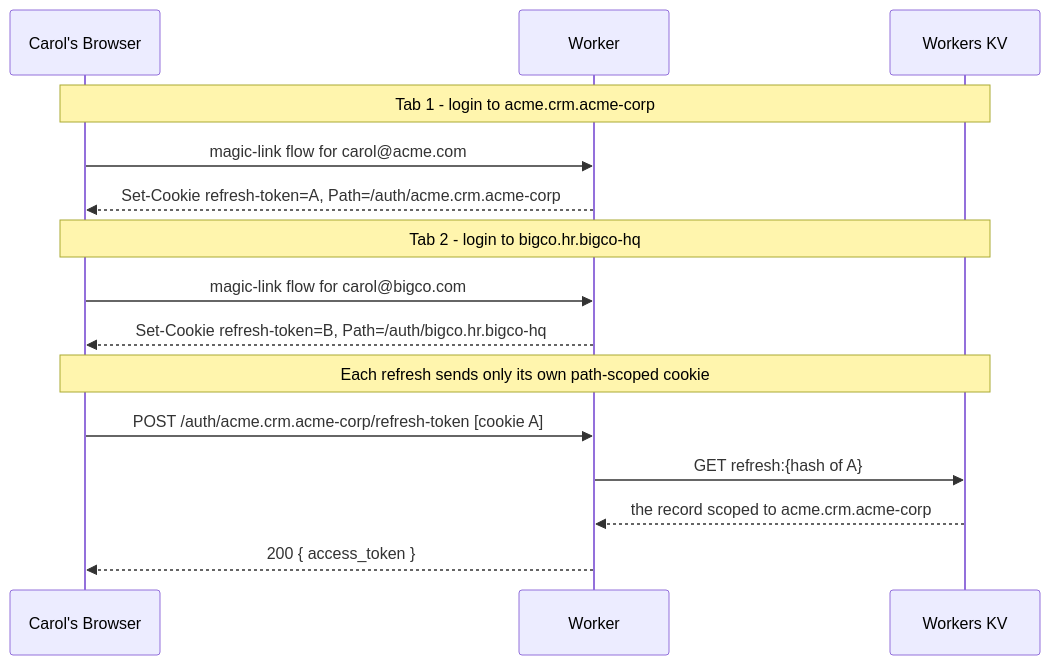
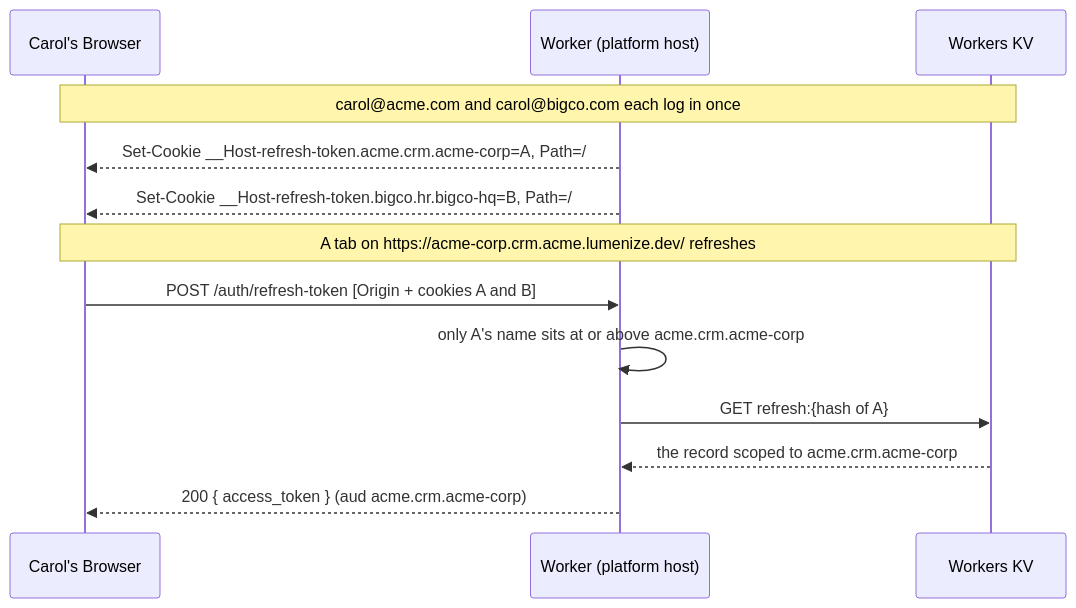
The eighth of 8 diagrams in packages/nebula-auth/README.md (lumenize/lumenize), drawn with Mermaid before and after one commit. The commit also changed other lines of this file and 324 other files, not shown here.

First line of the commit message:
feat(nebula): every scope on its own host, sessions on the platform host

````diff
--- a/packages/nebula-auth/README.md
+++ b/packages/nebula-auth/README.md
@@ -377,20 +379,17 @@
 ```mermaid
 sequenceDiagram
     participant C as Carol's Browser
-    participant W as Worker
+    participant W as Worker (platform host)
     participant KV as Workers KV
 
-    Note over C,KV: Tab 1 - login to acme.crm.acme-corp
-    C->>W: magic-link flow for carol@acme.com
-    W-->>C: Set-Cookie refresh-token=A, Path=/auth/acme.crm.acme-corp
+    Note over C,KV: carol@acme.com and carol@bigco.com each log in once
+    W-->>C: Set-Cookie __Host-refresh-token.acme.crm.acme-corp=A, Path=/
+    W-->>C: Set-Cookie __Host-refresh-token.bigco.hr.bigco-hq=B, Path=/
 
-    Note over C,KV: Tab 2 - login to bigco.hr.bigco-hq
-    C->>W: magic-link flow for carol@bigco.com
-    W-->>C: Set-Cookie refresh-token=B, Path=/auth/bigco.hr.bigco-hq
-
-    Note over C,KV: Each refresh sends only its own path-scoped cookie
-    C->>W: POST /auth/acme.crm.acme-corp/refresh-token [cookie A]
+    Note over C,KV: A tab on https://acme-corp.crm.acme.lumenize.dev/ refreshes
+    C->>W: POST /auth/refresh-token [Origin + cookies A and B]
+    W->>W: only A's name sits at or above acme.crm.acme-corp
     W->>KV: GET refresh:{hash of A}
     KV-->>W: the record scoped to acme.crm.acme-corp
-    W-->>C: 200 { access_token }
+    W-->>C: 200 { access_token } (aud acme.crm.acme-corp)
 ```
````
